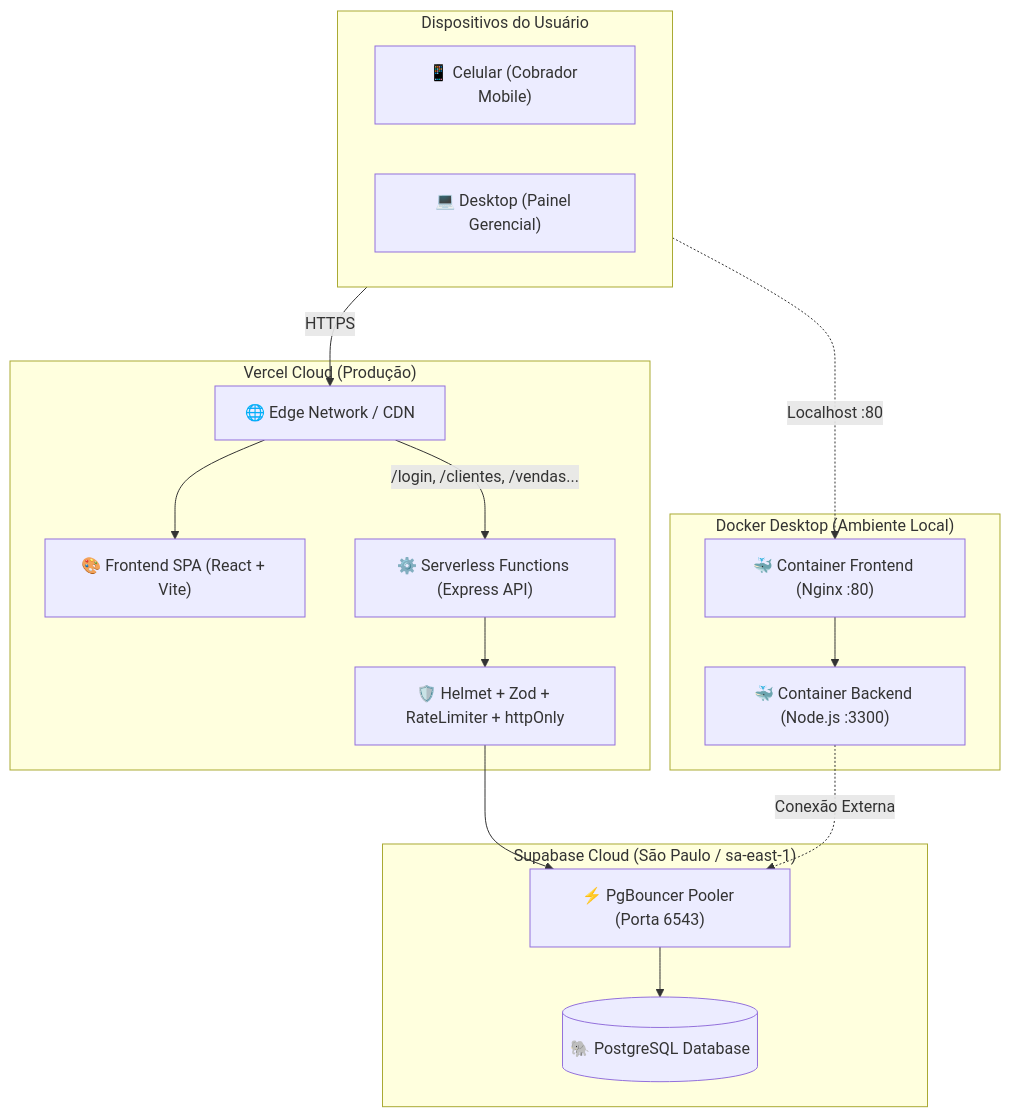
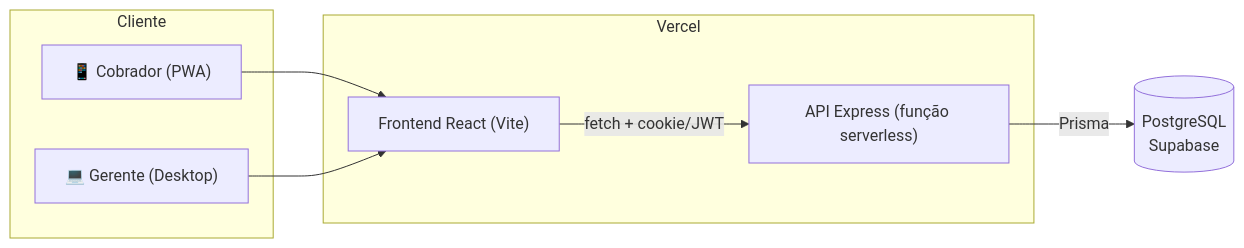
The first of 2 diagrams in README.md (vitoraugustonb-cod/CrediarioSysten), drawn with Mermaid before and after one commit. The commit also changed other lines of this file and 5 other files, not shown here.

````diff
--- a/README.md
+++ b/README.md
@@ -231,35 +133,17 @@
 ```mermaid
-flowchart TD
-    subgraph Clients["Dispositivos do Usuário"]
-        Mobile["📱 Celular (Cobrador Mobile)"]
-        Desktop["💻 Desktop (Painel Gerencial)"]
+flowchart LR
+    subgraph Cliente
+        M["📱 Cobrador (PWA)"]
+        D["💻 Gerente (Desktop)"]
     end
+    subgraph Vercel
+        FE["Frontend React (Vite)"]
+        API["API Express (função serverless)"]
+    end
+    DB[("PostgreSQL<br/>Supabase")]
 
-    subgraph Vercel["Vercel Cloud (Produção)"]
-        Edge["🌐 Edge Network / CDN"]
-        FE["🎨 Frontend SPA (React + Vite)"]
-        API["⚙️ Serverless Functions (Express API)"]
-        Security["🛡️ Helmet + Zod + RateLimiter + httpOnly"]
-    end
-
-    subgraph Supabase["Supabase Cloud (São Paulo / sa-east-1)"]
-        Pooler["⚡ PgBouncer Pooler (Porta 6543)"]
-        Postgres[("🐘 PostgreSQL Database")]
-    end
-
-    subgraph LocalDocker["Docker Desktop (Ambiente Local)"]
-        Nginx["🐳 Container Frontend (Nginx :80)"]
-        NodeApp["🐳 Container Backend (Node.js :3300)"]
-    end
-
-    Clients -->|HTTPS| Edge
-    Edge --> FE
-    Edge -->|/login, /clientes, /vendas...| API
-    API --> Security
-    Security --> Pooler
-    Pooler --> Postgres
-
-    Clients -.->|Localhost :80| Nginx
-    Nginx --> NodeApp
-    NodeApp -.->|Conexão Externa| Pooler
+    M --> FE
+    D --> FE
+    FE -- "fetch + cookie/JWT" --> API
+    API -- "Prisma" --> DB
 ```
````
